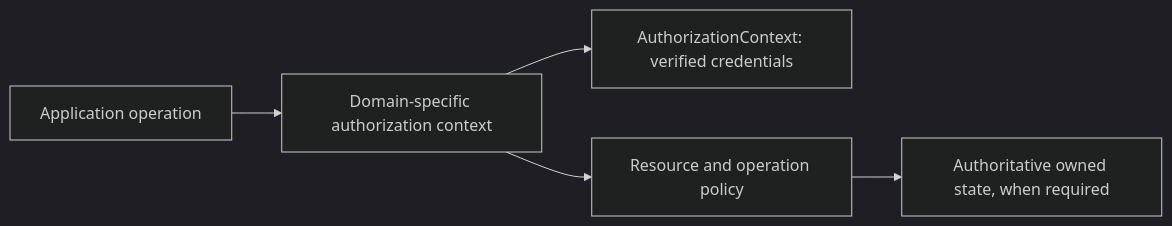
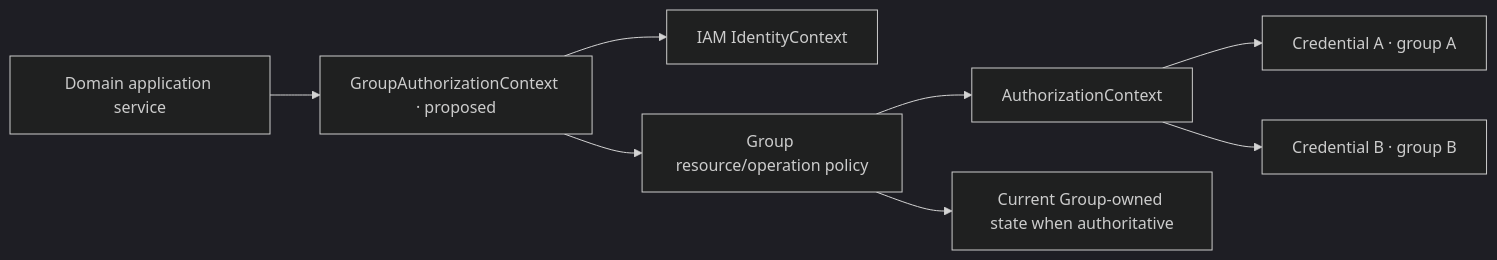
The diagram in docs/stack/claims-context-proposal.md (frederik-hoeft/min-favs-sharewise), drawn with Mermaid (dark theme) before and after one commit. The commit also changed other lines of this file and 1 other file, not shown here.

Commit message:
P2.1.0-E: Clarify credential architecture and preserve attestation design

````diff
--- a/docs/stack/claims-context-proposal.md
+++ b/docs/stack/claims-context-proposal.md
@@ -15,7 +61,10 @@
 ```mermaid
 flowchart LR
-    Service["Application operation"] --> Semantic["Domain-specific authorization context"]
-    Semantic --> Evidence["AuthorizationContext: verified credentials"]
-    Semantic --> Policy["Resource and operation policy"]
-    Policy --> State["Authoritative owned state, when required"]
+    Service["Domain application service"] --> Semantic["GroupAuthorizationContext · proposed"]
+    Semantic --> Identity["IAM IdentityContext"]
+    Semantic --> Policy["Group resource/operation policy"]
+    Policy --> Evidence["AuthorizationContext"]
+    Evidence --> A["Credential A · group A"]
+    Evidence --> B["Credential B · group B"]
+    Policy --> Owned["Current Group-owned state when authoritative"]
 ```
````
